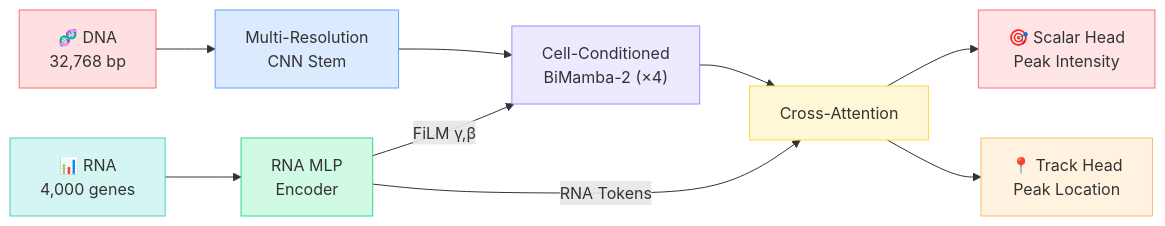
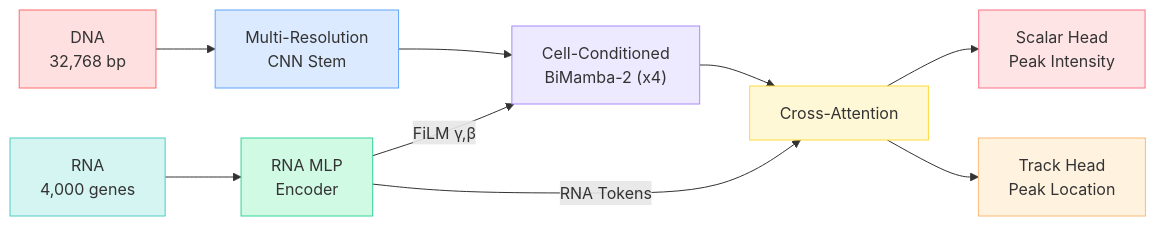
Before and after one commit to shreyakat0ch/hist4.1: the diagram in docs/index.md, drawn with Mermaid. The commit also changed other lines of this file and 11 other files, not shown here.

````diff
--- a/docs/index.md
+++ b/docs/index.md
@@ -102,20 +103,20 @@
 ```mermaid
 flowchart LR
-    A["🧬 DNA<br/>32,768 bp"] --> B["Multi-Resolution<br/>CNN Stem"]
-    B --> C["Cell-Conditioned<br/>BiMamba-2 (×4)"]
-    D["📊 RNA<br/>4,000 genes"] --> E["RNA MLP<br/>Encoder"]
+    A["DNA<br/>32,768 bp"] --> B["Multi-Resolution<br/>CNN Stem"]
+    B --> C["Cell-Conditioned<br/>BiMamba-2 (x4)"]
+    D["RNA<br/>4,000 genes"] --> E["RNA MLP<br/>Encoder"]
     E -->|"FiLM γ,β"| C
     C --> F["Cross-Attention"]
     E -->|"RNA Tokens"| F
-    F --> G["🎯 Scalar Head<br/>Peak Intensity"]
-    F --> H["📍 Track Head<br/>Peak Location"]
+    F --> G["Scalar Head<br/>Peak Intensity"]
+    F --> H["Track Head<br/>Peak Location"]
     
     style A fill:#FFE0E0,stroke:#FF6B6B,color:#333
     style D fill:#D4F5F2,stroke:#4ECDC4,color:#333
     style B fill:#DBEAFE,stroke:#60A5FA,color:#333
     style C fill:#EDE9FE,stroke:#A78BFA,color:#333
     style E fill:#D1FAE5,stroke:#34D399,color:#333
     style F fill:#FFF8D6,stroke:#FFD93D,color:#333
     style G fill:#FFE4E6,stroke:#FB7185,color:#333
     style H fill:#FFF3E0,stroke:#FDBA74,color:#333
 ```
````
